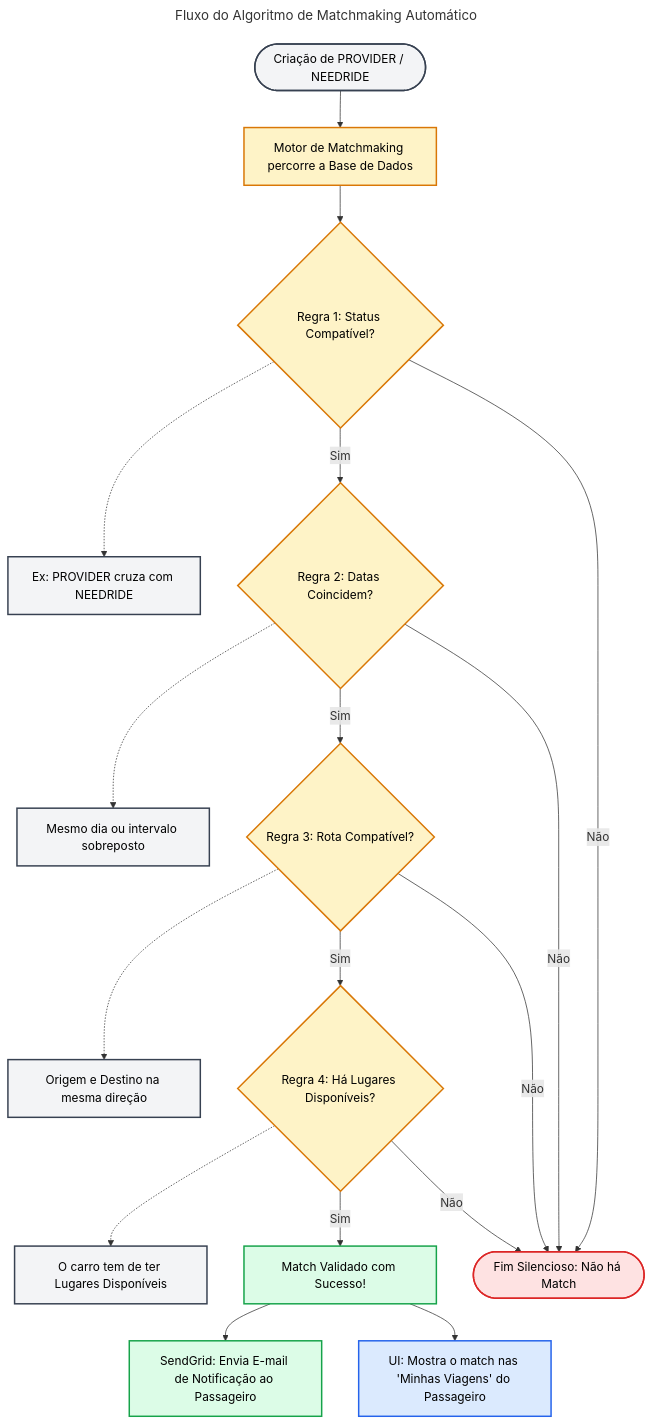
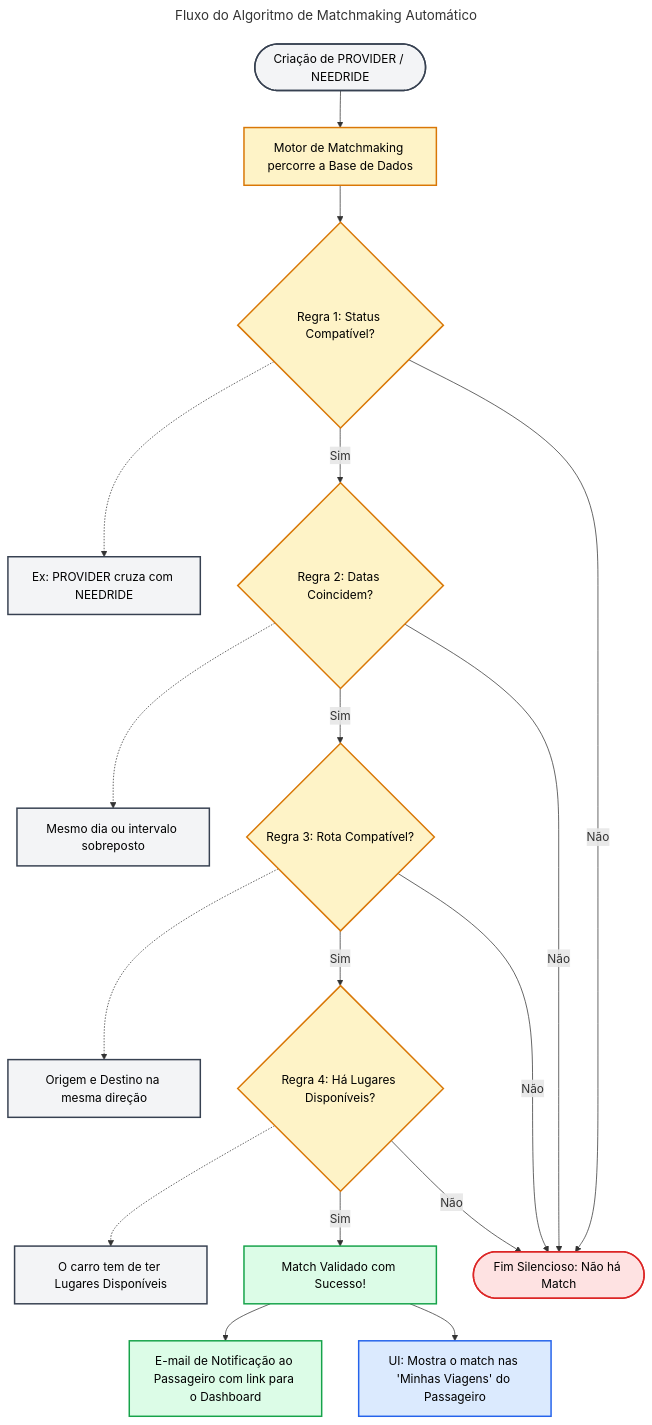
The diagram in Documentation/Diagramas/Fluxos/fluxo-matchmaking.md (joaosantos1231209/Road-Buddies), drawn with Mermaid before and after one commit. The commit also changed 5 other files, not shown here.

````diff
--- a/Documentation/Diagramas/Fluxos/fluxo-matchmaking.md
+++ b/Documentation/Diagramas/Fluxos/fluxo-matchmaking.md
@@ -1,67 +1,67 @@
 ```mermaid
 ---
 title: Fluxo do Algoritmo de Matchmaking Automático
 ---
 graph TD
     %% 1. ESTILOS (CORES)
     classDef gatilho fill:#f3f4f6,stroke:#374151,stroke-width:2px,color:#000
     classDef verificacao fill:#fef3c7,stroke:#d97706,stroke-width:2px,color:#000
     classDef sucesso fill:#dcfce7,stroke:#16a34a,stroke-width:2px,color:#000
     classDef falha fill:#fee2e2,stroke:#dc2626,stroke-width:2px,color:#000
     classDef ui fill:#dbeafe,stroke:#2563eb,stroke-width:2px,color:#000
 
     %% 2. DECLARAR AS CAIXAS (Sem setas ainda)
     A([Criação de PROVIDER / NEEDRIDE])
     B[Motor de Matchmaking percorre a Base de Dados]
     
     C{Regra 1: Status Compatível?}
     C_Info[Ex: PROVIDER cruza com NEEDRIDE]
     
     D{Regra 2: Datas Coincidem?}
     D_Info[Mesmo dia ou intervalo sobreposto]
     
     E{Regra 3: Rota Compatível?}
     E_Info[Origem e Destino na mesma direção]
 
     F{Regra 4: Há Lugares Disponíveis?}
     F_Info[O carro tem de ter Lugares Disponíveis]
 
     G([Fim Silencioso: Não há Match])
     
     H[Match Validado com Sucesso!]
-    I[SendGrid: Envia E-mail de Notificação ao Passageiro]
+    I[E-mail de Notificação ao Passageiro com link para o Dashboard]
     J[UI: Mostra o match nas 'Minhas Viagens' do Passageiro]
 
     %% 3. FAZER AS LIGAÇÕES (Setas)
     A --> B
     B --> C
     
     %% O Algoritmo
     C -.-> C_Info
     C -->|Sim| D
     C -->|Não| G
     
     D -.-> D_Info
     D -->|Sim| E
     D -->|Não| G
     
     E -.-> E_Info
     E -->|Sim| F
     E -->|Não| G
 
     F -.-> F_Info
     F -->|Sim| H
     F -->|Não| G
 
     %% Conclusão
     H --> I
     H --> J
 
     %% 4. APLICAR AS CORES (Sem ponto e vírgula no fim)
     class A gatilho
     class B,C,D,E,F verificacao
     class C_Info,D_Info,E_Info,F_Info gatilho
     class H,I sucesso
     class G falha
     class J ui
 ```
````
